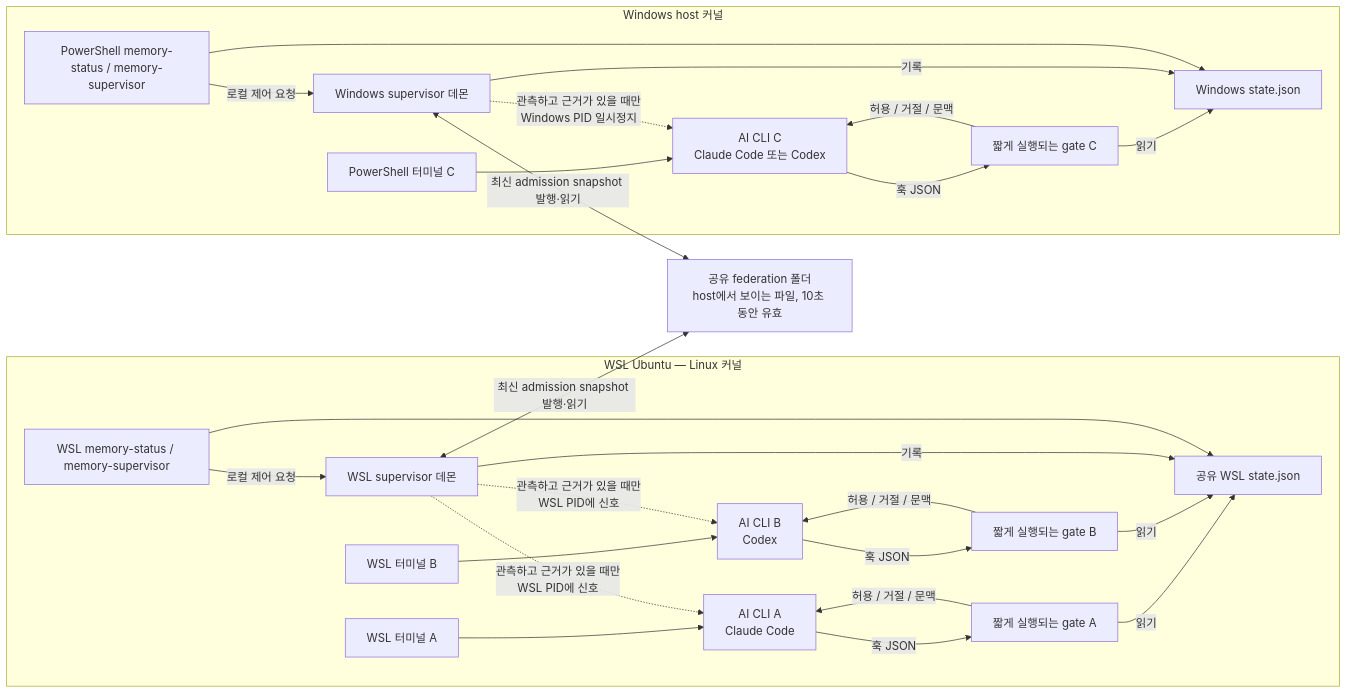
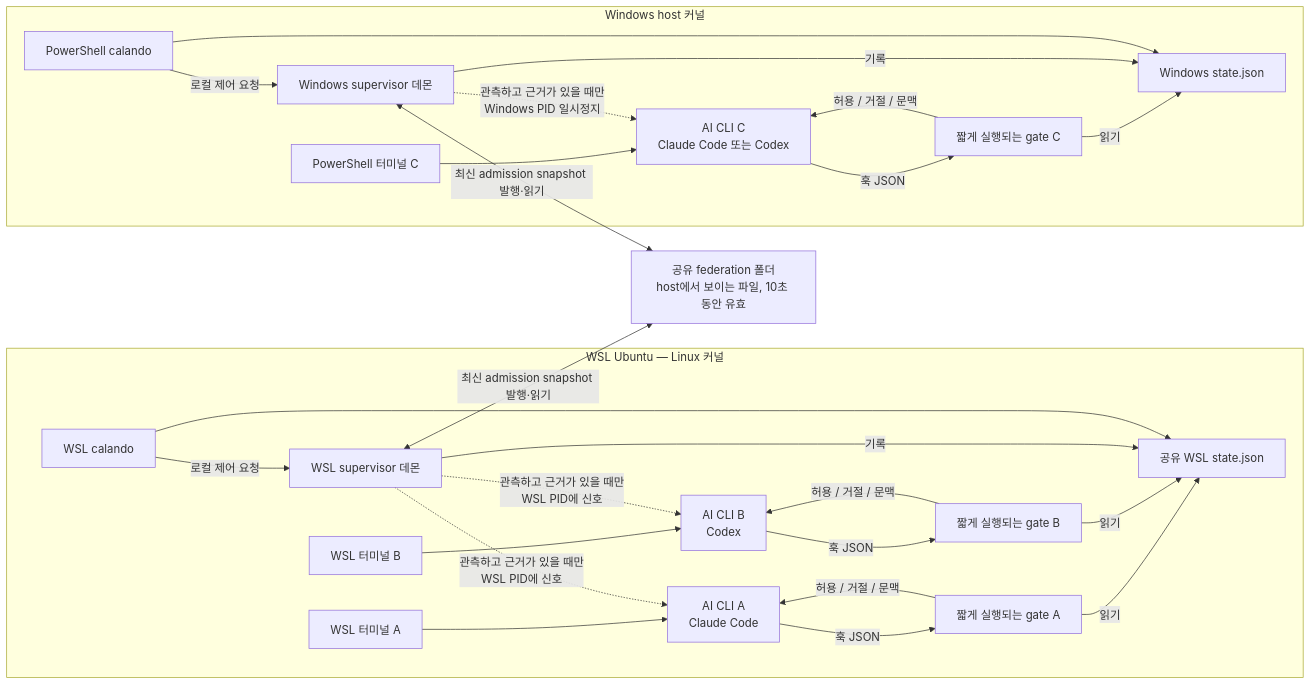
The second of 3 diagrams in docs/guides/architecture.ko.md (lssLab/Calando), drawn with Mermaid before and after one commit. The commit also changed other lines of this file and 78 other files, not shown here.

````diff
--- a/docs/guides/architecture.ko.md
+++ b/docs/guides/architecture.ko.md
@@ -148,32 +148,32 @@
 ```mermaid
 flowchart LR
     subgraph WSL["WSL Ubuntu — Linux 커널"]
         TA["WSL 터미널 A"] --> A["AI CLI A<br/>Claude Code"]
         TB["WSL 터미널 B"] --> B["AI CLI B<br/>Codex"]
         A -->|"훅 JSON"| WGA["짧게 실행되는 gate A"]
         B -->|"훅 JSON"| WGB["짧게 실행되는 gate B"]
         WGA -->|"허용 / 거절 / 문맥"| A
         WGB -->|"허용 / 거절 / 문맥"| B
         WGA -->|"읽기"| WS["공유 WSL state.json"]
         WGB -->|"읽기"| WS
         WD["WSL supervisor 데몬"] -->|"기록"| WS
         WD -. "관측하고 근거가 있을 때만<br/>WSL PID에 신호" .-> A
         WD -. "관측하고 근거가 있을 때만<br/>WSL PID에 신호" .-> B
-        WC["WSL memory-status / memory-supervisor"] --> WS
+        WC["WSL calando"] --> WS
         WC -->|"로컬 제어 요청"| WD
     end
 
     subgraph WIN["Windows host 커널"]
         TC["PowerShell 터미널 C"] --> C["AI CLI C<br/>Claude Code 또는 Codex"]
         C -->|"훅 JSON"| NG["짧게 실행되는 gate C"]
         NG -->|"허용 / 거절 / 문맥"| C
         NG -->|"읽기"| NS["Windows state.json"]
         ND["Windows supervisor 데몬"] -->|"기록"| NS
         ND -. "관측하고 근거가 있을 때만<br/>Windows PID 일시정지" .-> C
-        NC["PowerShell memory-status / memory-supervisor"] --> NS
+        NC["PowerShell calando"] --> NS
         NC -->|"로컬 제어 요청"| ND
     end
 
     WD <-->|"최신 admission snapshot 발행·읽기"| F["공유 federation 폴더<br/>host에서 보이는 파일, 10초 동안 유효"]
     ND <-->|"최신 admission snapshot 발행·읽기"| F
 ```
````
